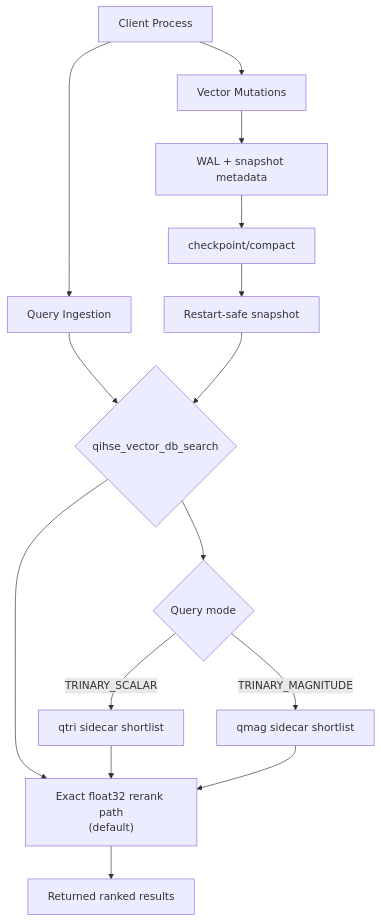
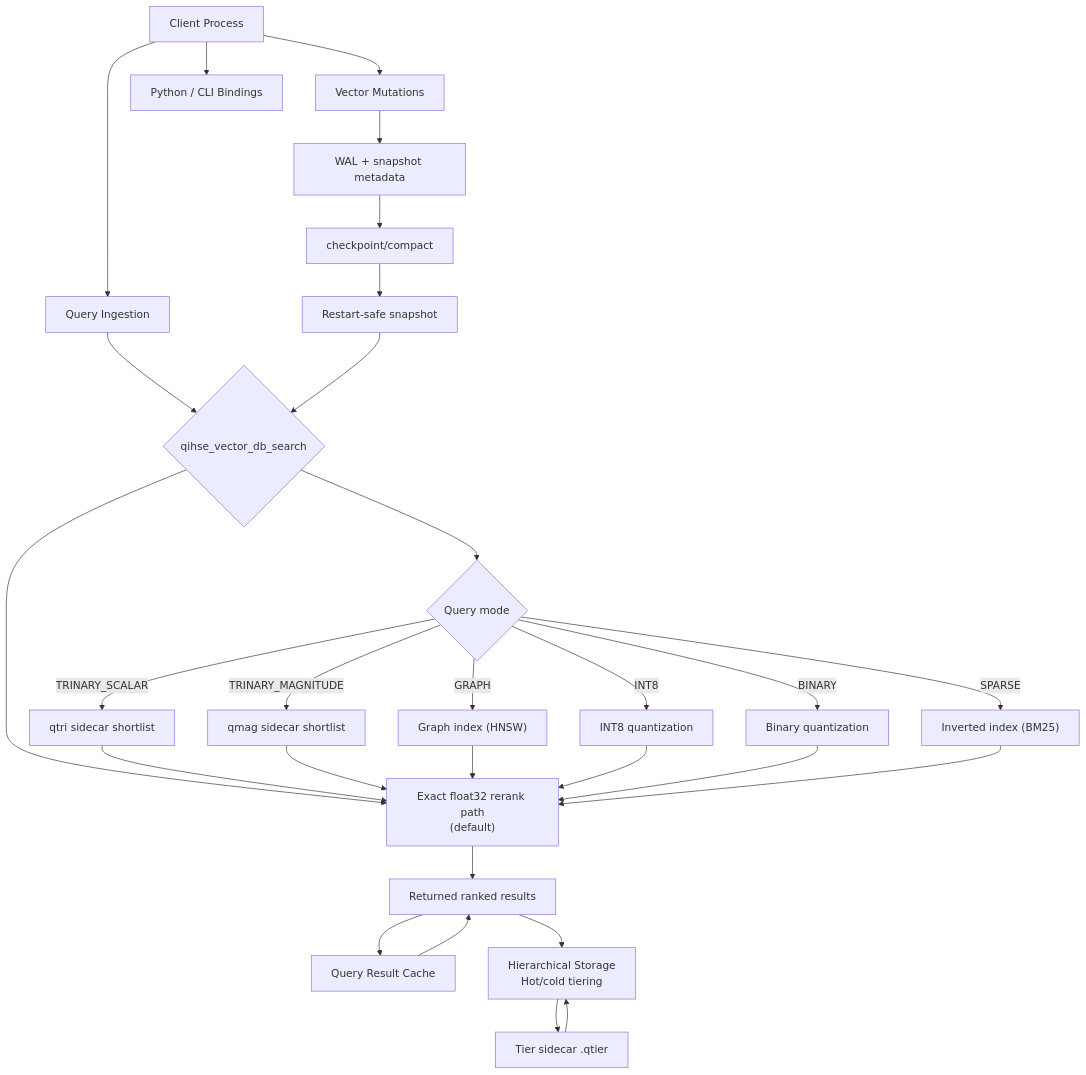
Before and after one commit to SWORDIntel/QIHSE: the first of 2 diagrams in README.md, drawn with Mermaid. The commit also changed other lines of this file and 5 other files, not shown here.

First line of the commit message:
feat: hierarchical storage management with automatic hot/cold tiering

````diff
--- a/README.md
+++ b/README.md
@@ -90,17 +113,31 @@
 ```mermaid
 flowchart TB
     A[Client Process] --> B[Query Ingestion]
     A --> C[Vector Mutations]
+    A --> P[Python / CLI Bindings]
     B --> D{qihse_vector_db_search}
     D --> E["Exact float32 rerank path<br/>(default)"]
     D --> F{Query mode}
     F -->|TRINARY_SCALAR| G["qtri sidecar shortlist"]
     F -->|TRINARY_MAGNITUDE| H["qmag sidecar shortlist"]
+    F -->|GRAPH| X["Graph index (HNSW)"]
+    F -->|INT8| Y["INT8 quantization"]
+    F -->|BINARY| Z["Binary quantization"]
+    F -->|SPARSE| W["Inverted index (BM25)"]
     G --> E
     H --> E
+    X --> E
+    Y --> E
+    Z --> E
+    W --> E
     E --> I["Returned ranked results"]
+    I --> Q[Query Result Cache]
+    Q --> I
+    I --> T[Hierarchical Storage<br/>Hot/cold tiering]
+    T --> S[Tier sidecar .qtier]
+    S --> T
     C --> J["WAL + snapshot metadata"]
     J --> K["checkpoint/compact"]
     K --> L["Restart-safe snapshot"]
     L --> D
 ```
````
